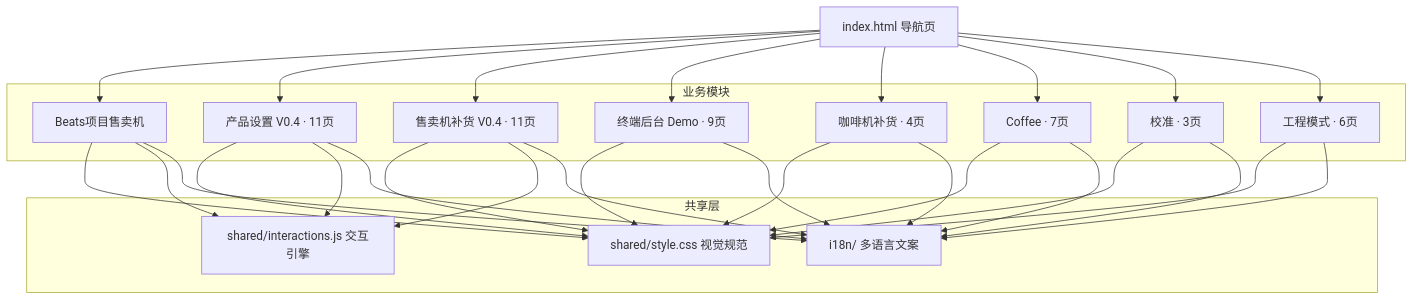
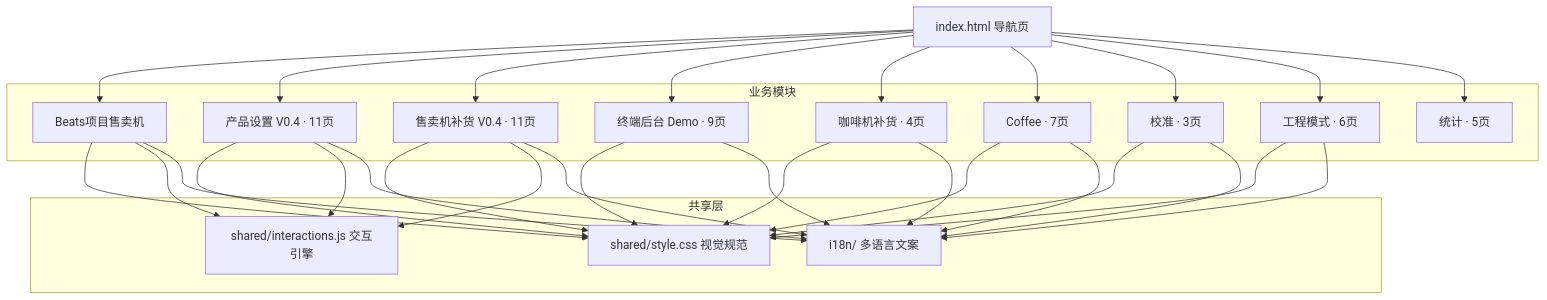
The first of 4 diagrams in 架构与页面逻辑.md (nicozhan/iot-android-screen), drawn with Mermaid before and after one commit. The commit also changed other lines of this file and 8 other files, not shown here.

````diff
--- a/架构与页面逻辑.md
+++ b/架构与页面逻辑.md
@@ -24,23 +24,24 @@
 ```mermaid
 graph TD
   IDX[index.html 导航页]
   subgraph 业务模块
     G1[Beats项目售卖机]
     G2[产品设置 V0.4 · 11页]
     G3[售卖机补货 V0.4 · 11页]
     G4[终端后台 Demo · 9页]
     G5[咖啡机补货 · 4页]
     G6[Coffee · 7页]
     G7[校准 · 3页]
     G8[工程模式 · 6页]
+    G9[统计 · 5页]
   end
   subgraph 共享层
     CSS[shared/style.css 视觉规范]
     JS[shared/interactions.js 交互引擎]
     I18N[i18n/ 多语言文案]
   end
-  IDX --> G1 & G2 & G3 & G4 & G5 & G6 & G7 & G8
+  IDX --> G1 & G2 & G3 & G4 & G5 & G6 & G7 & G8 & G9
   G1 & G2 & G3 & G4 & G5 & G6 & G7 & G8 --> CSS
   G1 & G2 & G3 --> JS
   G1 & G2 & G3 & G4 & G5 & G6 & G7 & G8 --> I18N
 ```
````
